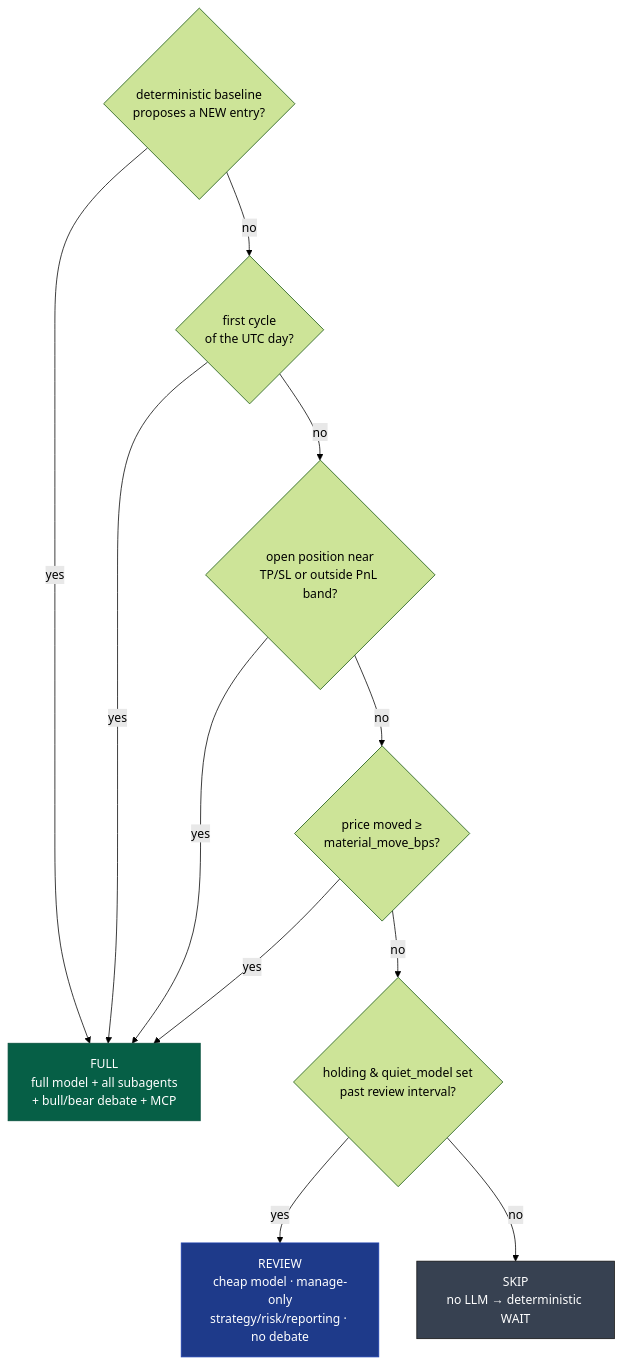
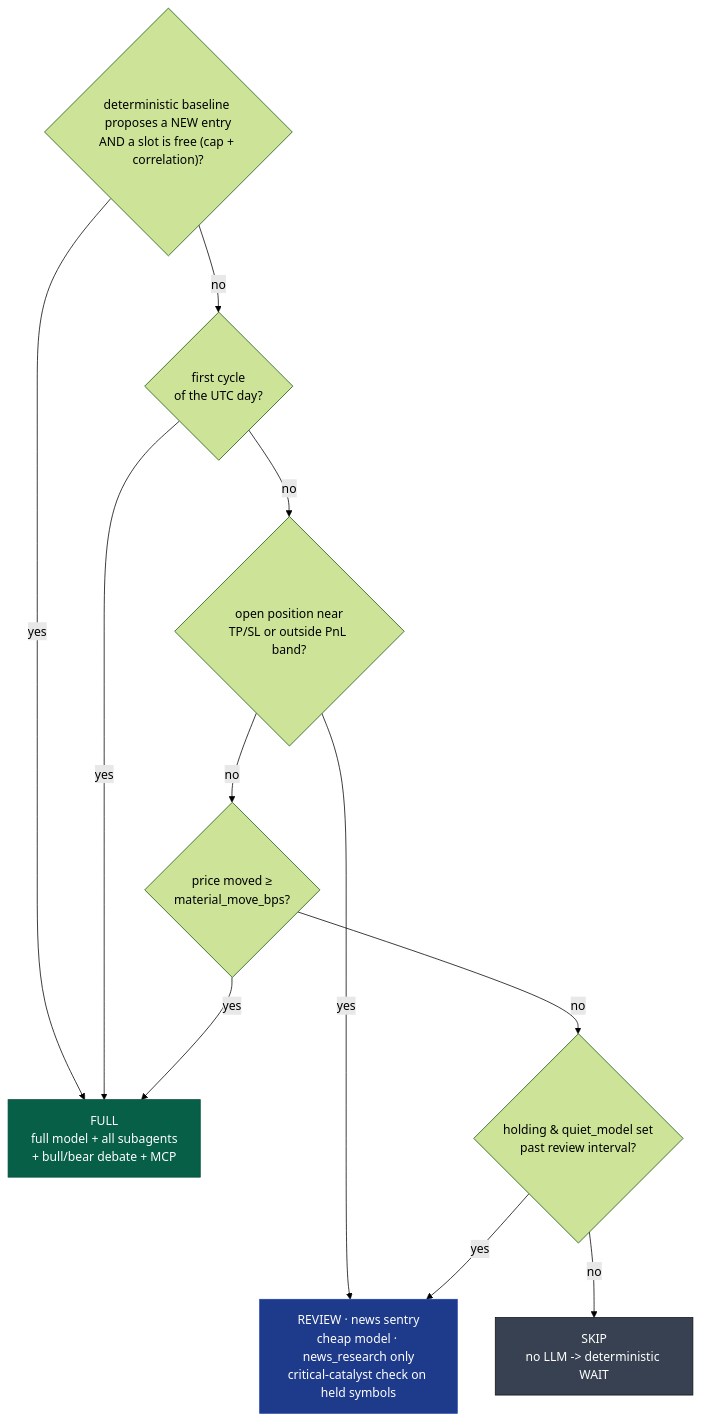
Before and after one commit to Jefest1/automated_trading_agents: the third of 7 diagrams in docs/architecture.md, drawn with Mermaid (forest theme). The commit also changed other lines of this file and 39 other files, not shown here.

````diff
--- a/docs/architecture.md
+++ b/docs/architecture.md
@@ -142,20 +142,20 @@
 ```mermaid
 flowchart TD
-    A{"deterministic baseline<br/>proposes a NEW entry?"} -->|yes| FULL
+    A{"deterministic baseline proposes a NEW entry<br/>AND a slot is free (cap + correlation)?"} -->|yes| FULL
     A -->|no| B{"first cycle<br/>of the UTC day?"}
     B -->|yes| FULL
     B -->|no| C{"open position near<br/>TP/SL or outside PnL band?"}
-    C -->|yes| FULL
+    C -->|yes| REVIEW
     C -->|no| D{"price moved ≥<br/>material_move_bps?"}
     D -->|yes| FULL["FULL<br/>full model + all subagents<br/>+ bull/bear debate + MCP"]
     D -->|no| E{"holding & quiet_model set<br/>past review interval?"}
-    E -->|yes| REVIEW["REVIEW<br/>cheap model · manage-only<br/>strategy/risk/reporting · no debate"]
-    E -->|no| SKIP["SKIP<br/>no LLM → deterministic WAIT"]
+    E -->|yes| REVIEW["REVIEW · news sentry<br/>cheap model · news_research only<br/>critical-catalyst check on held symbols"]
+    E -->|no| SKIP["SKIP<br/>no LLM -> deterministic WAIT"]
 
     classDef full fill:#065f46,stroke:#064e3b,color:#fff;
     classDef review fill:#1e3a8a,stroke:#1e40af,color:#fff;
     classDef skip fill:#374151,stroke:#111,color:#fff;
     class FULL full;
     class REVIEW review;
     class SKIP skip;
 ```
````
